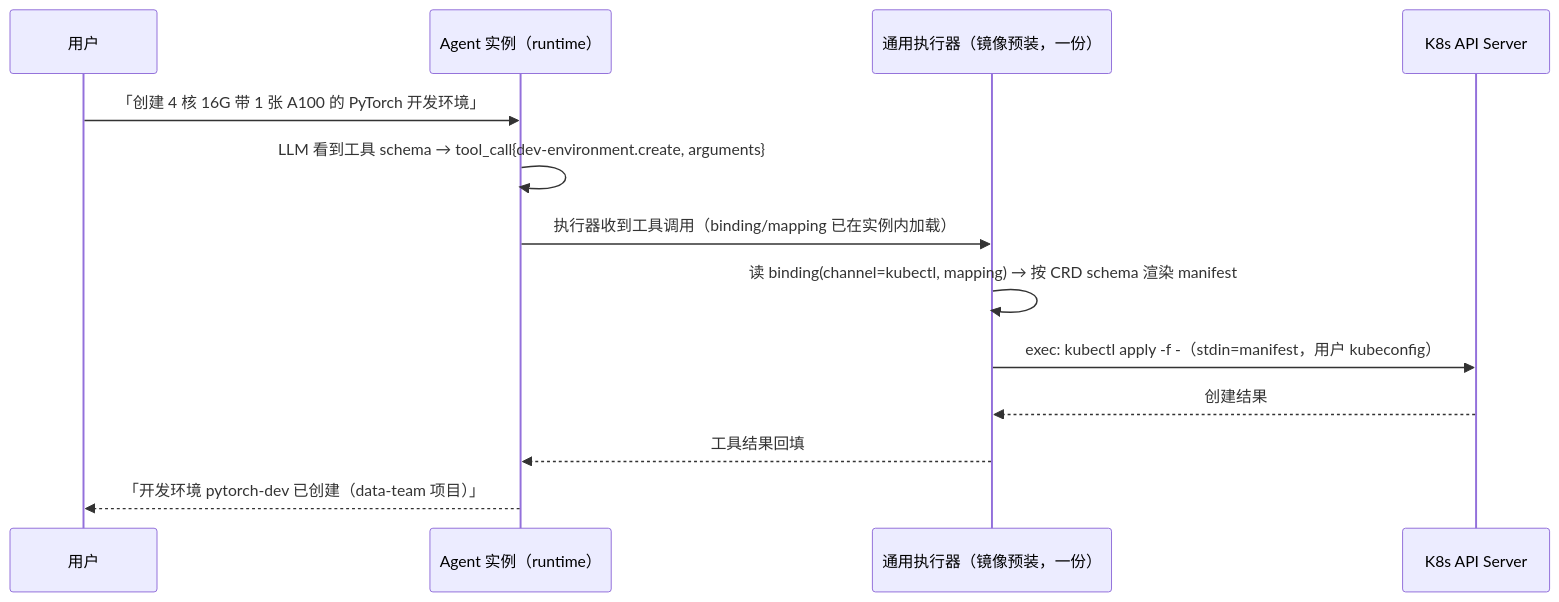
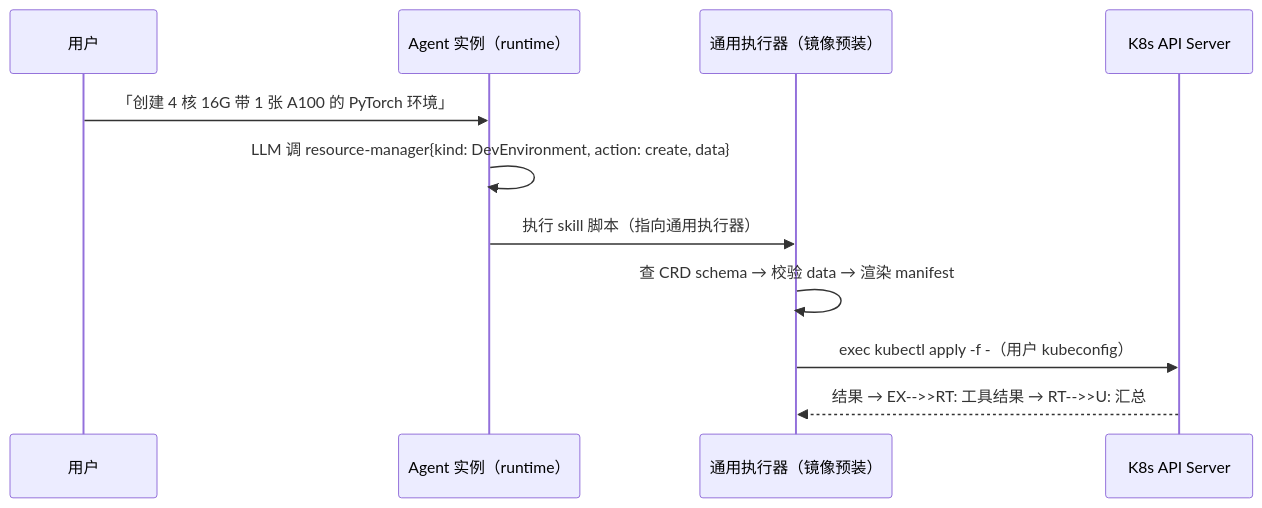
Before and after one commit to suanova/cubepilot: the third of 3 diagrams in docs/cubepilot/CubePilot-Cloud-for-Agents-Design.md, drawn with Mermaid. The commit also changed other lines of this file, not shown here.

````diff
--- a/docs/cubepilot/CubePilot-Cloud-for-Agents-Design.md
+++ b/docs/cubepilot/CubePilot-Cloud-for-Agents-Design.md
@@ -1081,16 +592,13 @@
 ```mermaid
 sequenceDiagram
     participant U as 用户
     participant RT as Agent 实例（runtime）
-    participant EX as 通用执行器（镜像预装，一份）
+    participant EX as 通用执行器（镜像预装）
     participant K as K8s API Server
-
-    U->>RT: 「创建 4 核 16G 带 1 张 A100 的 PyTorch 开发环境」
-    RT->>RT: LLM 看到工具 schema → tool_call{dev-environment.create, arguments}
-    RT->>EX: 执行器收到工具调用（binding/mapping 已在实例内加载）
-    EX->>EX: 读 binding(channel=kubectl, mapping) → 按 CRD schema 渲染 manifest
-    EX->>K: exec: kubectl apply -f -（stdin=manifest，用户 kubeconfig）
-    K-->>EX: 创建结果
-    EX-->>RT: 工具结果回填
-    RT-->>U: 「开发环境 pytorch-dev 已创建（data-team 项目）」
+    U->>RT: 「创建 4 核 16G 带 1 张 A100 的 PyTorch 环境」
+    RT->>RT: LLM 调 resource-manager{kind: DevEnvironment, action: create, data}
+    RT->>EX: 执行 skill 脚本（指向通用执行器）
+    EX->>EX: 查 CRD schema → 校验 data → 渲染 manifest
+    EX->>K: exec kubectl apply -f -（用户 kubeconfig）
+    K-->>EX: 结果 → EX-->>RT: 工具结果 → RT-->>U: 汇总
 ```
````
